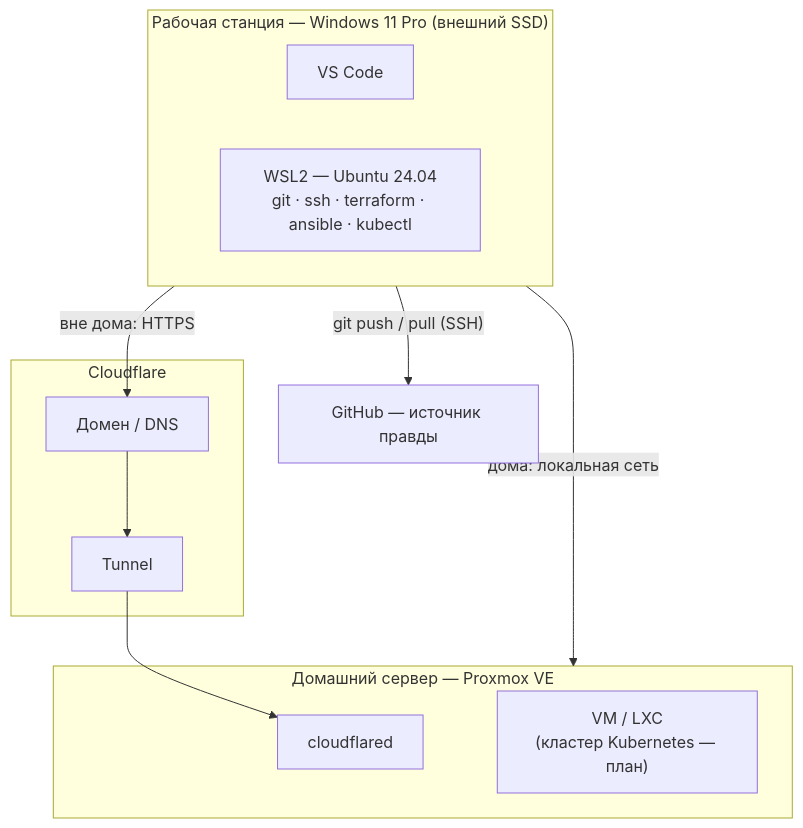
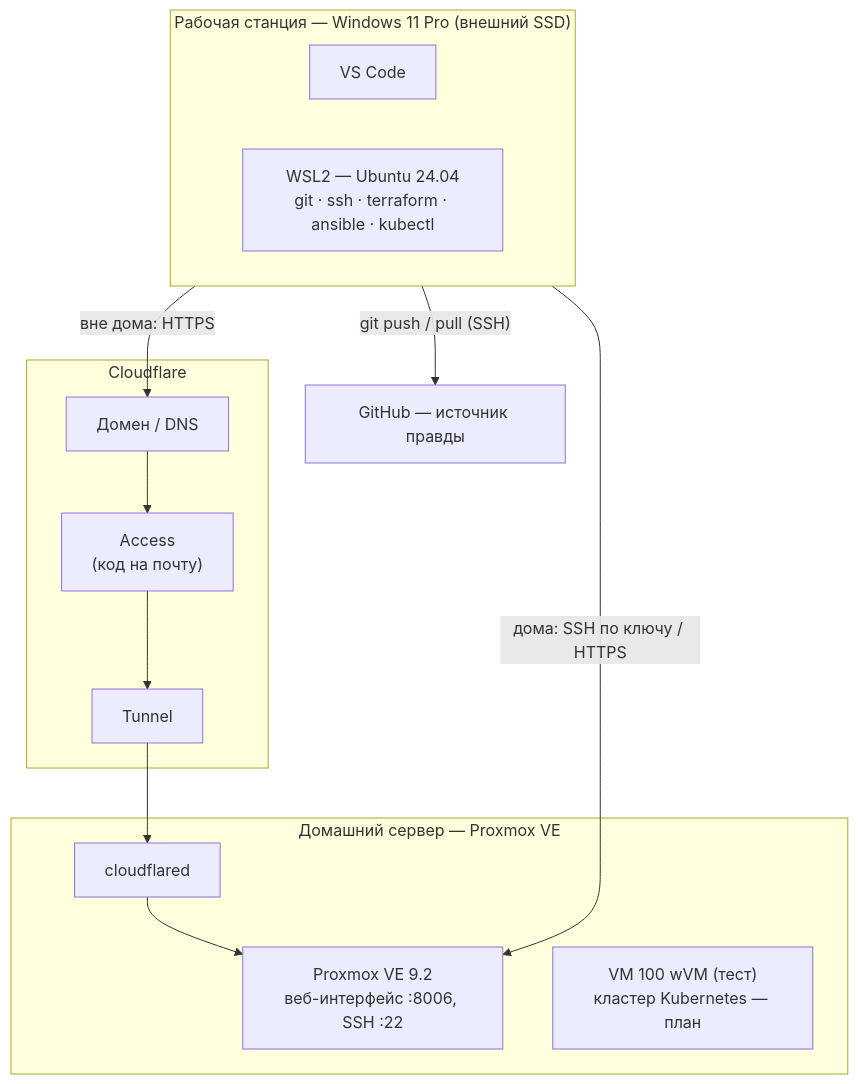
One commit to yvvdev/homelab changed the diagram in docs/00-overview.md. Above: the diagram before and after it, drawn with Mermaid. The commit also changed other lines of this file and 11 other files, not shown here.

````diff
--- a/docs/00-overview.md
+++ b/docs/00-overview.md
@@ -30,23 +30,25 @@
 ```mermaid
 flowchart TB
     subgraph WS["Рабочая станция — Windows 11 Pro (внешний SSD)"]
         VSC["VS Code"]
         WSL["WSL2 — Ubuntu 24.04<br/>git · ssh · terraform · ansible · kubectl"]
     end
 
     subgraph CF["Cloudflare"]
         DNS["Домен / DNS"]
+        ACC["Access<br/>(код на почту)"]
         TUN["Tunnel"]
     end
 
     subgraph SRV["Домашний сервер — Proxmox VE"]
         CFD["cloudflared"]
-        VMS["VM / LXC<br/>(кластер Kubernetes — план)"]
+        PVE["Proxmox VE 9.2<br/>веб-интерфейс :8006, SSH :22"]
+        VMS["VM 100 wVM (тест)<br/>кластер Kubernetes — план"]
     end
 
     GH["GitHub — источник правды"]
 
-    WS -- "дома: локальная сеть" --> SRV
-    WS -- "вне дома: HTTPS" --> DNS --> TUN --> CFD
+    WS -- "дома: SSH по ключу / HTTPS" --> PVE
+    WS -- "вне дома: HTTPS" --> DNS --> ACC --> TUN --> CFD --> PVE
     WS -- "git push / pull (SSH)" --> GH
 ```
````
